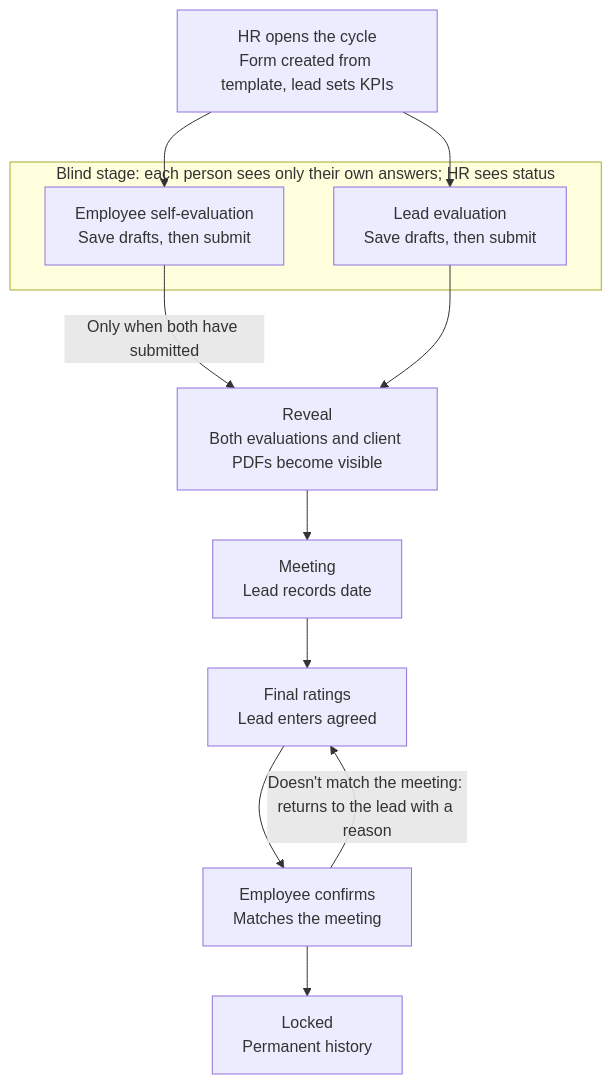
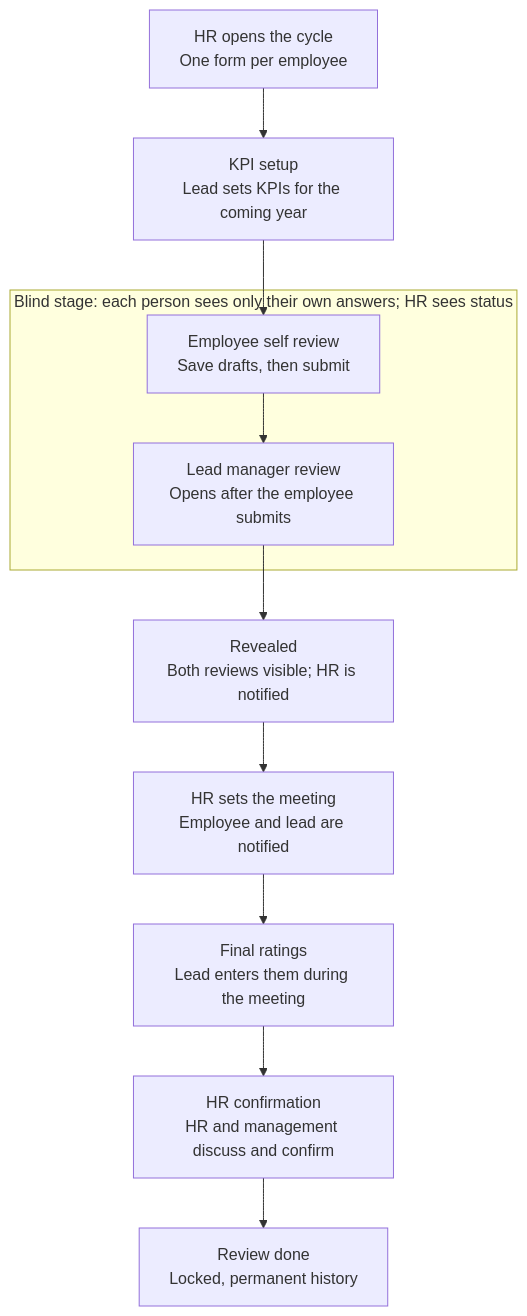
The first of 2 diagrams in PRD.md (GHDilini/HR-evaluation-Sytem), drawn with Mermaid before and after one commit. The commit also changed other lines of this file, not shown here.

First line of the commit message:
docs(prd): align PRD with the prototype flow

````diff
--- a/PRD.md
+++ b/PRD.md
@@ -148,19 +163,15 @@
 ```mermaid
 flowchart TD
-  HR["HR opens the cycle<br/>Form created from template, lead sets KPIs"]
+  HR["HR opens the cycle<br/>One form per employee"]
+  KPI["KPI setup<br/>Lead sets KPIs for the coming year"]
   subgraph Blind["Blind stage: each person sees only their own answers; HR sees status"]
-    EMP["Employee self-evaluation<br/>Save drafts, then submit"]
-    LEAD["Lead evaluation<br/>Save drafts, then submit"]
+    EMP["Employee self review<br/>Save drafts, then submit"]
+    LEAD["Lead manager review<br/>Opens after the employee submits"]
   end
-  REV["Reveal<br/>Both evaluations and client PDFs become visible"]
-  MEET["Meeting<br/>Lead records date"]
-  FIN["Final ratings<br/>Lead enters agreed"]
-  CONF["Employee confirms<br/>Matches the meeting"]
-  LOCK["Locked<br/>Permanent history"]
-  HR --> EMP
-  HR --> LEAD
-  EMP -->|Only when both have submitted| REV
-  LEAD --> REV
-  REV --> MEET --> FIN --> CONF --> LOCK
-  CONF -->|"Doesn't match the meeting: returns to the lead with a reason"| FIN
+  REV["Revealed<br/>Both reviews visible; HR is notified"]
+  MEET["HR sets the meeting<br/>Employee and lead are notified"]
+  FIN["Final ratings<br/>Lead enters them during the meeting"]
+  CONF["HR confirmation<br/>HR and management discuss and confirm"]
+  DONE["Review done<br/>Locked, permanent history"]
+  HR --> KPI --> EMP --> LEAD --> REV --> MEET --> FIN --> CONF --> DONE
 ```
````
